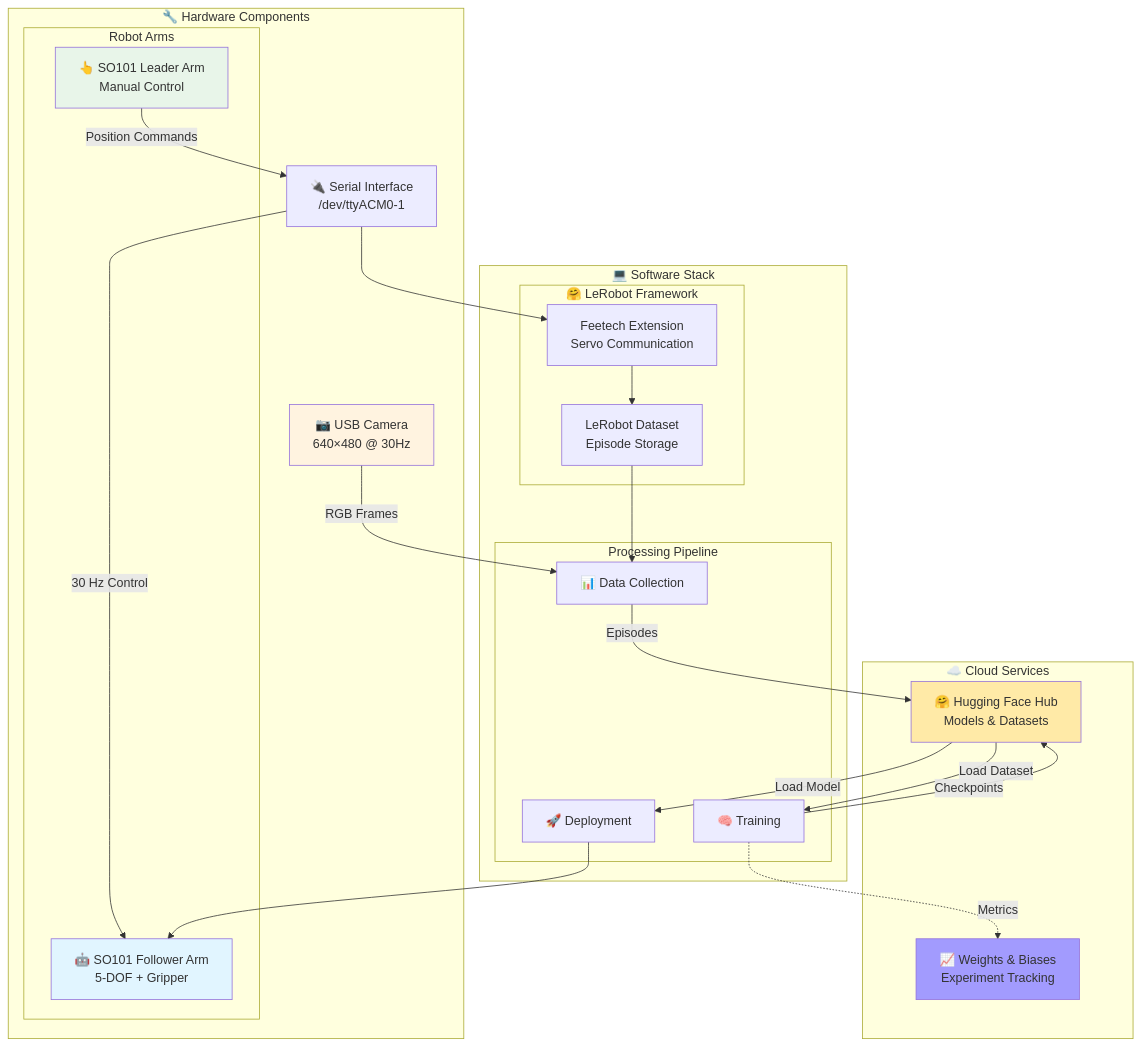
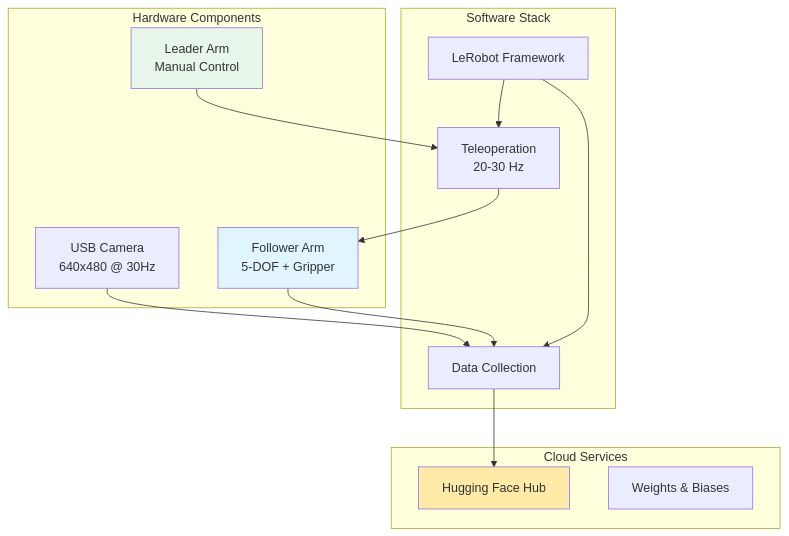
One commit to nu-jliu/nu-jliu.github.io changed the first of 3 diagrams in _posts/2025-12-18-allen-vla.md. Above: the diagram before and after it, drawn with Mermaid. The commit also changed other lines of this file, not shown here.

````diff
--- a/_posts/2025-12-18-allen-vla.md
+++ b/_posts/2025-12-18-allen-vla.md
@@ -40,47 +37,31 @@
 ```mermaid
 graph TB
-    subgraph Hardware["🔧 Hardware Components"]
-        subgraph RobotArms["Robot Arms"]
-            LEADER["👆 SO101 Leader Arm<br/>Manual Control"]
-            FOLLOWER["🤖 SO101 Follower Arm<br/>5-DOF + Gripper"]
-        end
-        CAM["📷 USB Camera<br/>640×480 @ 30Hz"]
-        SERIAL["🔌 Serial Interface<br/>/dev/ttyACM0-1"]
+    subgraph Hardware["Hardware Components"]
+        LEADER["Leader Arm<br/>Manual Control"]
+        FOLLOWER["Follower Arm<br/>5-DOF + Gripper"]
+        CAM["USB Camera<br/>640x480 @ 30Hz"]
     end
 
-    subgraph Software["💻 Software Stack"]
-        subgraph LeRobot["🤗 LeRobot Framework"]
-            FEETECH["Feetech Extension<br/>Servo Communication"]
-            DATASET["LeRobot Dataset<br/>Episode Storage"]
-        end
-        subgraph Pipeline["Processing Pipeline"]
-            DC["📊 Data Collection"]
-            TR["🧠 Training"]
-            DP["🚀 Deployment"]
-        end
+    subgraph Software["Software Stack"]
+        LEROBOT["LeRobot Framework"]
+        TELEOP["Teleoperation<br/>20-30 Hz"]
+        COLLECT["Data Collection"]
     end
 
-    subgraph Cloud["☁️ Cloud Services"]
-        HF["🤗 Hugging Face Hub<br/>Models & Datasets"]
-        WANDB["📈 Weights & Biases<br/>Experiment Tracking"]
+    subgraph Cloud["Cloud Services"]
+        HF["Hugging Face Hub"]
+        WANDB["Weights & Biases"]
     end
 
-    LEADER -->|Position Commands| SERIAL
-    SERIAL -->|30 Hz Control| FOLLOWER
-    SERIAL --> FEETECH
-    CAM -->|RGB Frames| DC
-    FEETECH --> DATASET
-    DATASET --> DC
-    DC -->|Episodes| HF
-    HF -->|Load Dataset| TR
-    TR -->|Checkpoints| HF
-    TR -.->|Metrics| WANDB
-    HF -->|Load Model| DP
-    DP --> FOLLOWER
+    LEADER --> TELEOP
+    TELEOP --> FOLLOWER
+    CAM --> COLLECT
+    FOLLOWER --> COLLECT
+    COLLECT --> HF
+    LEROBOT --> TELEOP
+    LEROBOT --> COLLECT
 
     style LEADER fill:#e8f5e9
     style FOLLOWER fill:#e1f5ff
-    style CAM fill:#fff3e0
     style HF fill:#ffeaa7
-    style WANDB fill:#a29bfe
 ```
````
